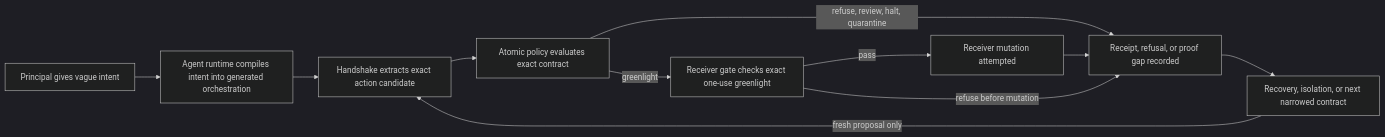
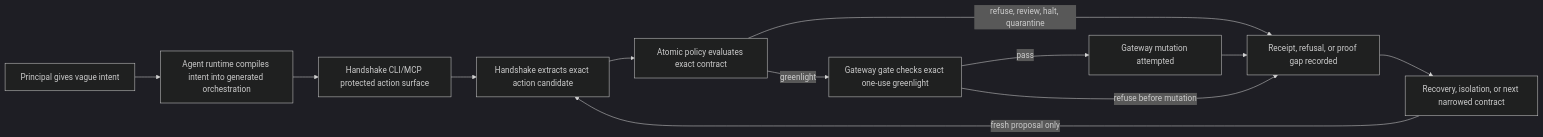
Before and after one commit to CreasyBear/handshake-protocol-source: the first of 6 diagrams in docs/product-and-protocol-diagrams.md, drawn with Mermaid (dark theme). The commit also changed other lines of this file and 72 other files, not shown here.

````diff
--- a/docs/product-and-protocol-diagrams.md
+++ b/docs/product-and-protocol-diagrams.md
@@ -20,19 +20,20 @@
 ```mermaid
 flowchart LR
   principal["Principal gives vague intent"]
   runtime["Agent runtime compiles intent into generated orchestration"]
+  surface["Handshake CLI/MCP protected action surface"]
   candidate["Handshake extracts exact action candidate"]
   policy["Atomic policy evaluates exact contract"]
-  gate["Receiver gate checks exact one-use greenlight"]
-  consequence["Receiver mutation attempted"]
+  gate["Gateway gate checks exact one-use greenlight"]
+  consequence["Gateway mutation attempted"]
   evidence["Receipt, refusal, or proof gap recorded"]
   recovery["Recovery, isolation, or next narrowed contract"]
 
-  principal --> runtime --> candidate --> policy
+  principal --> runtime --> surface --> candidate --> policy
   policy -->|"greenlight"| gate
   policy -->|"refuse, review, halt, quarantine"| evidence
   gate -->|"pass"| consequence --> evidence
   gate -->|"refuse before mutation"| evidence
   evidence --> recovery
   recovery -->|"fresh proposal only"| candidate
 ```
````
